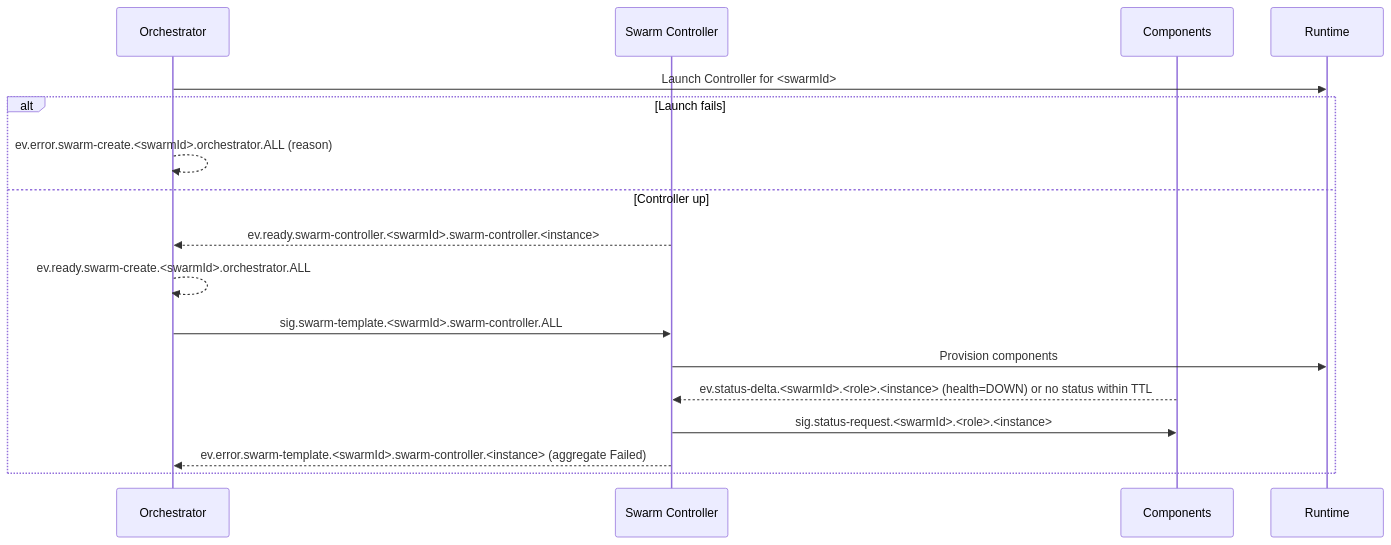
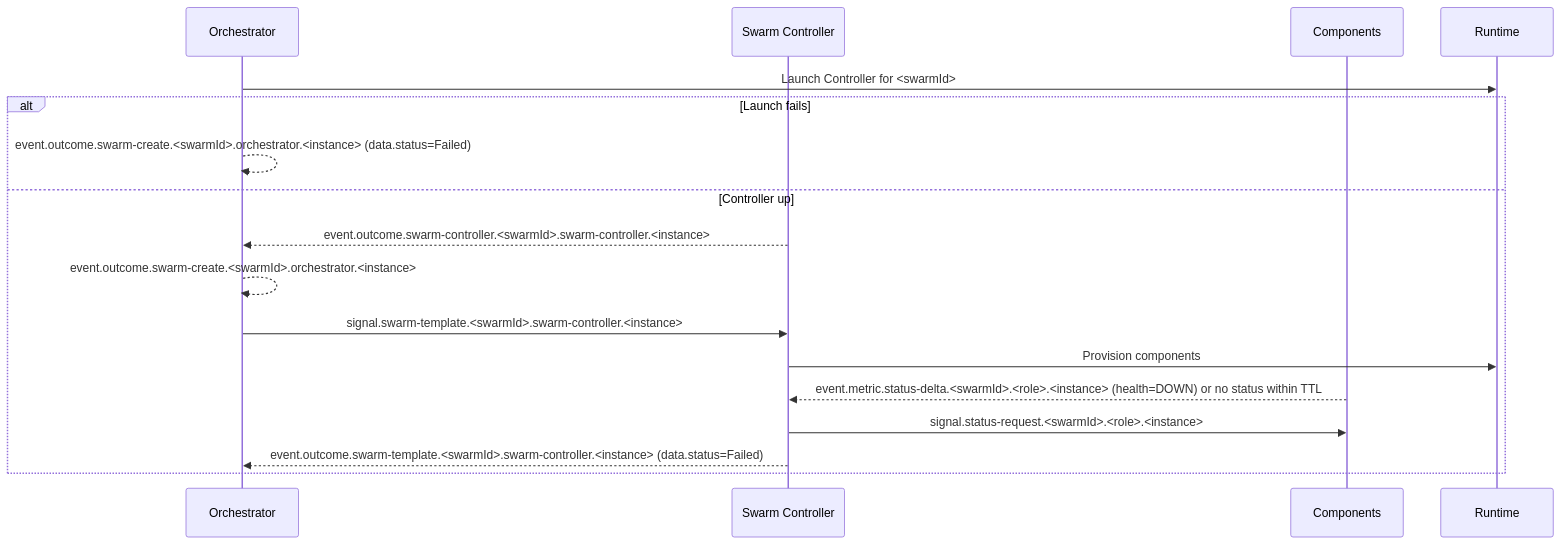
Before and after one commit to sepa79/PocketHive: the sixth of 6 diagrams in docs/ARCHITECTURE.md, drawn with Mermaid. The commit also changed other lines of this file and 13 other files, not shown here.

````diff
--- a/docs/ARCHITECTURE.md
+++ b/docs/ARCHITECTURE.md
@@ -298,20 +417,20 @@
 ```mermaid
 sequenceDiagram
   participant QN as Orchestrator
   participant MSH as Swarm Controller
   participant CMP as Components
   participant RT as Runtime
 
   QN->>RT: Launch Controller for <swarmId>
   alt Launch fails
-    QN-->>QN: ev.error.swarm-create.<swarmId>.orchestrator.ALL (reason)
+    QN-->>QN: event.outcome.swarm-create.<swarmId>.orchestrator.<instance> (data.status=Failed)
   else Controller up
-    MSH-->>QN: ev.ready.swarm-controller.<swarmId>.swarm-controller.<instance>
-    QN-->>QN: ev.ready.swarm-create.<swarmId>.orchestrator.ALL
-    QN->>MSH: sig.swarm-template.<swarmId>.swarm-controller.ALL
+    MSH-->>QN: event.outcome.swarm-controller.<swarmId>.swarm-controller.<instance>
+    QN-->>QN: event.outcome.swarm-create.<swarmId>.orchestrator.<instance>
+    QN->>MSH: signal.swarm-template.<swarmId>.swarm-controller.<instance>
     MSH->>RT: Provision components
-    CMP-->>MSH: ev.status-delta.<swarmId>.<role>.<instance> (health=DOWN) or no status within TTL
-    MSH->>CMP: sig.status-request.<swarmId>.<role>.<instance>
-    MSH-->>QN: ev.error.swarm-template.<swarmId>.swarm-controller.<instance> (aggregate Failed)
+    CMP-->>MSH: event.metric.status-delta.<swarmId>.<role>.<instance> (health=DOWN) or no status within TTL
+    MSH->>CMP: signal.status-request.<swarmId>.<role>.<instance>
+    MSH-->>QN: event.outcome.swarm-template.<swarmId>.swarm-controller.<instance> (data.status=Failed)
   end
 ```
````
